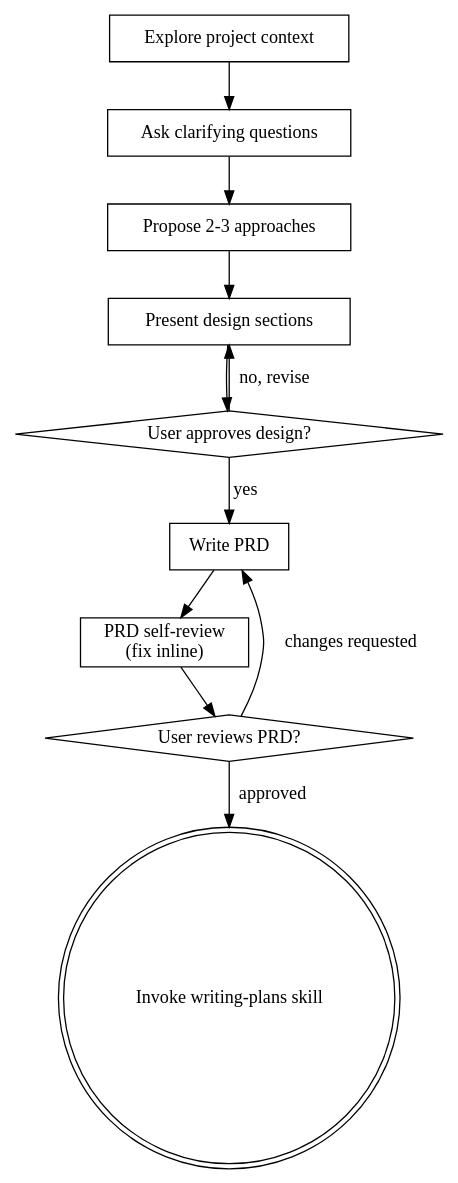
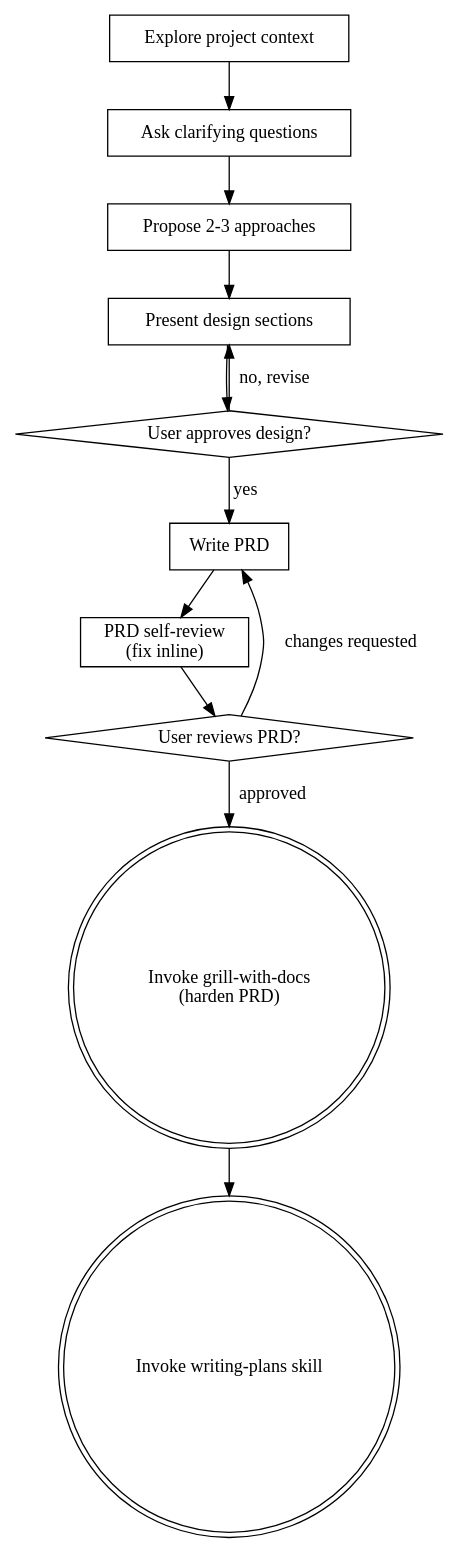
Before and after one commit to HundredBillion/dmi_superpowers: the diagram in skills/brainstorming/SKILL.md, drawn with Graphviz. The commit also changed other lines of this file and 2 other files, not shown here.

Commit message:
feat: wire grill-with-docs into PRD and TSP handoffs

````diff
--- a/skills/brainstorming/SKILL.md
+++ b/skills/brainstorming/SKILL.md
@@ -36,24 +37,26 @@
 ```dot
 digraph brainstorming {
     "Explore project context" [shape=box];
     "Ask clarifying questions" [shape=box];
     "Propose 2-3 approaches" [shape=box];
     "Present design sections" [shape=box];
     "User approves design?" [shape=diamond];
     "Write PRD" [shape=box];
     "PRD self-review\n(fix inline)" [shape=box];
     "User reviews PRD?" [shape=diamond];
+    "Invoke grill-with-docs\n(harden PRD)" [shape=doublecircle];
     "Invoke writing-plans skill" [shape=doublecircle];
 
     "Explore project context" -> "Ask clarifying questions";
     "Ask clarifying questions" -> "Propose 2-3 approaches";
     "Propose 2-3 approaches" -> "Present design sections";
     "Present design sections" -> "User approves design?";
     "User approves design?" -> "Present design sections" [label="no, revise"];
     "User approves design?" -> "Write PRD" [label="yes"];
     "Write PRD" -> "PRD self-review\n(fix inline)";
     "PRD self-review\n(fix inline)" -> "User reviews PRD?";
     "User reviews PRD?" -> "Write PRD" [label="changes requested"];
-    "User reviews PRD?" -> "Invoke writing-plans skill" [label="approved"];
+    "User reviews PRD?" -> "Invoke grill-with-docs\n(harden PRD)" [label="approved"];
+    "Invoke grill-with-docs\n(harden PRD)" -> "Invoke writing-plans skill";
 }
 ```
````
